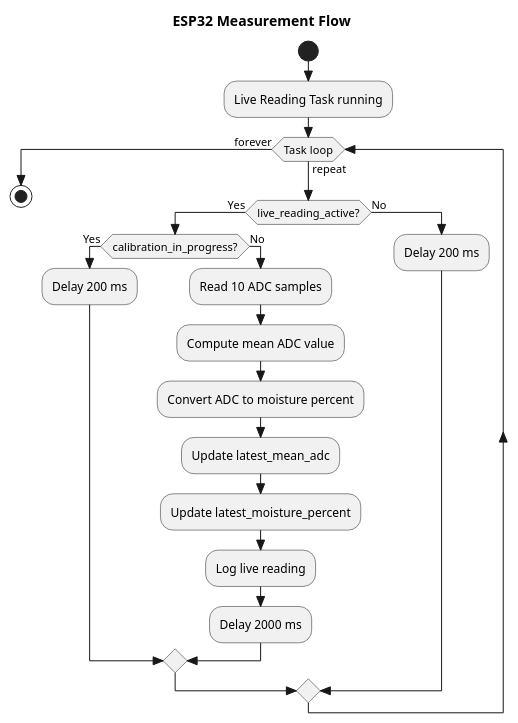
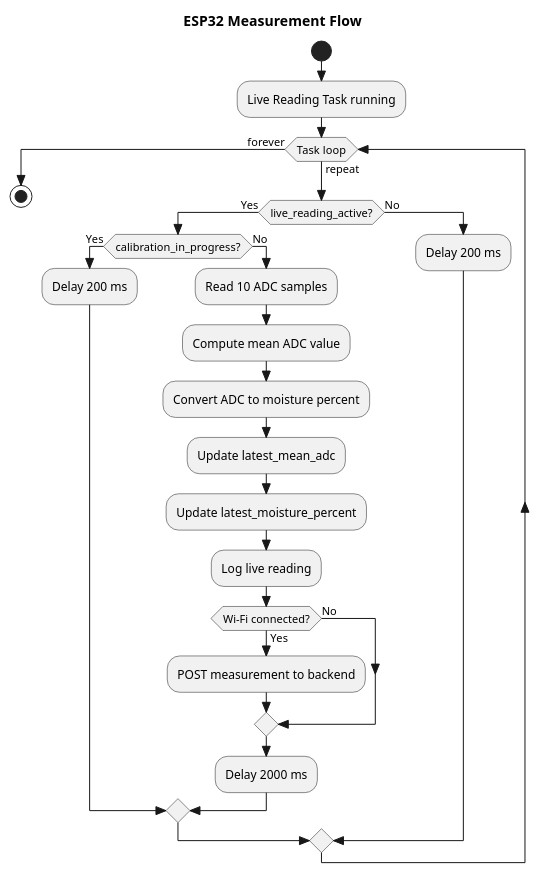
Before and after one commit to bobskefeurat/iot-device-platform: the diagram in docs/diagrams/device/esp32_measurement_flow.puml, drawn with PlantUML. The commit also changed 8 other files, not shown here.

Commit message:
docs: update README and architecture diagrams

```diff
--- a/docs/diagrams/device/esp32_measurement_flow.puml
+++ b/docs/diagrams/device/esp32_measurement_flow.puml
@@ -1,29 +1,33 @@
 @startuml esp32_measurement_flow
 skinparam style strictuml
 title "ESP32 Measurement Flow"
 
 start
 :Live Reading Task running;
 
 while (Task loop) is (repeat)
 
   if (live_reading_active?) then (Yes)
     if (calibration_in_progress?) then (Yes)
       :Delay 200 ms;
     else (No)
       :Read 10 ADC samples;
       :Compute mean ADC value;
       :Convert ADC to moisture percent;
       :Update latest_mean_adc;
       :Update latest_moisture_percent;
       :Log live reading;
+      if (Wi-Fi connected?) then (Yes)
+        :POST measurement to backend;
+      else (No)
+      endif
       :Delay 2000 ms;
     endif
   else (No)
     :Delay 200 ms;
   endif
 
 endwhile (forever)
 
 stop
 @enduml
```
